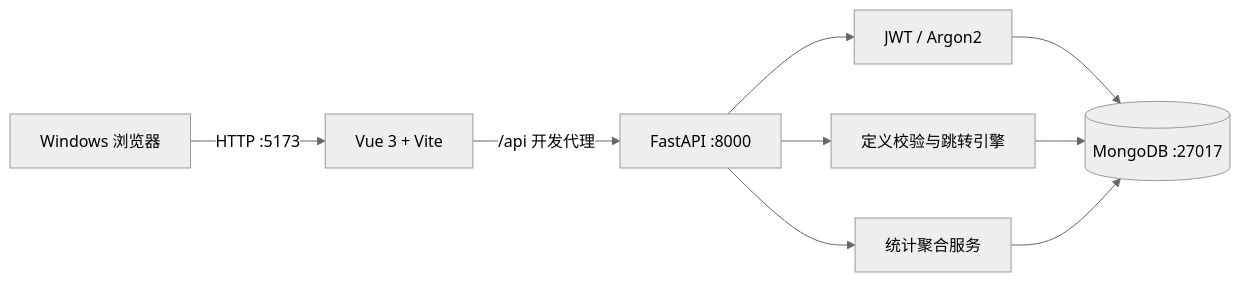
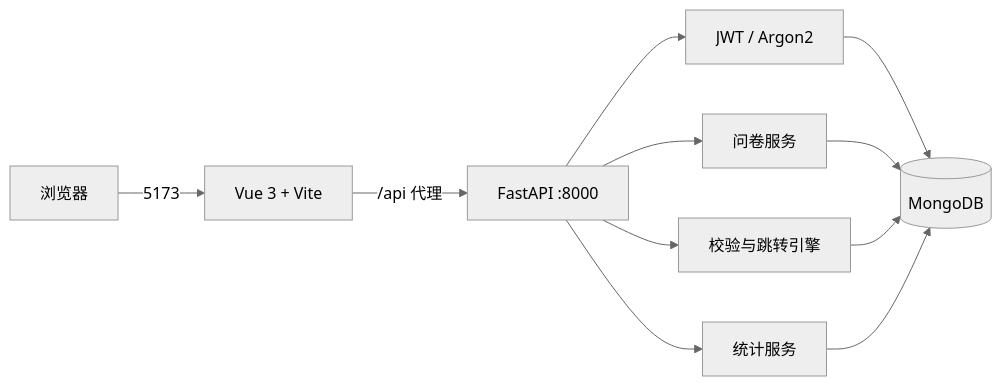
The first of 3 diagrams in docs/system-design.md (kinnekovo/Data-Management-System), drawn with Mermaid (neutral theme) before and after one commit. The commit also changed other lines of this file and 30 other files, not shown here.

````diff
--- a/docs/system-design.md
+++ b/docs/system-design.md
@@ -9,11 +9,13 @@
 ```mermaid
 flowchart LR
-    U[Windows 浏览器] -->|HTTP :5173| V[Vue 3 + Vite]
-    V -->|/api 开发代理| F[FastAPI :8000]
-    F --> A[JWT / Argon2]
-    F --> R[定义校验与跳转引擎]
-    F --> S[统计聚合服务]
-    A --> M[(MongoDB :27017)]
-    R --> M
-    S --> M
+    B[浏览器] -->|5173| F[Vue 3 + Vite]
+    F -->|/api 代理| A[FastAPI :8000]
+    A --> AUTH[JWT / Argon2]
+    A --> SURVEY[问卷服务]
+    A --> RULE[校验与跳转引擎]
+    A --> STAT[统计服务]
+    AUTH --> DB[(MongoDB)]
+    SURVEY --> DB
+    RULE --> DB
+    STAT --> DB
 ```
````
